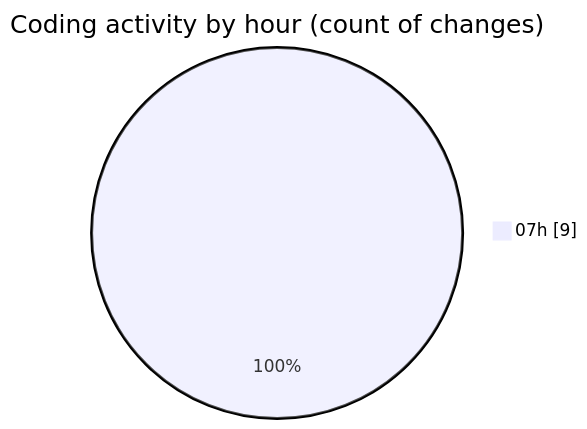
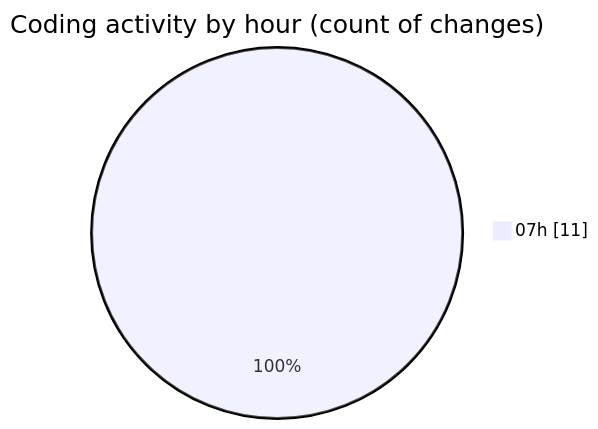
Before and after one commit to nxtqubesakshisongat/code-tracking: the second of 2 diagrams in 2026-02-23/nxtqube_webapp/README.md, drawn with Mermaid. The commit also changed other lines of this file and 1 other file, not shown here.

````diff
--- a/2026-02-23/nxtqube_webapp/README.md
+++ b/2026-02-23/nxtqube_webapp/README.md
@@ -28,5 +28,5 @@
 ```mermaid
 pie showData
 title Coding activity by hour (count of changes)
-"07h" : 9
+"07h" : 11
 ```
````
